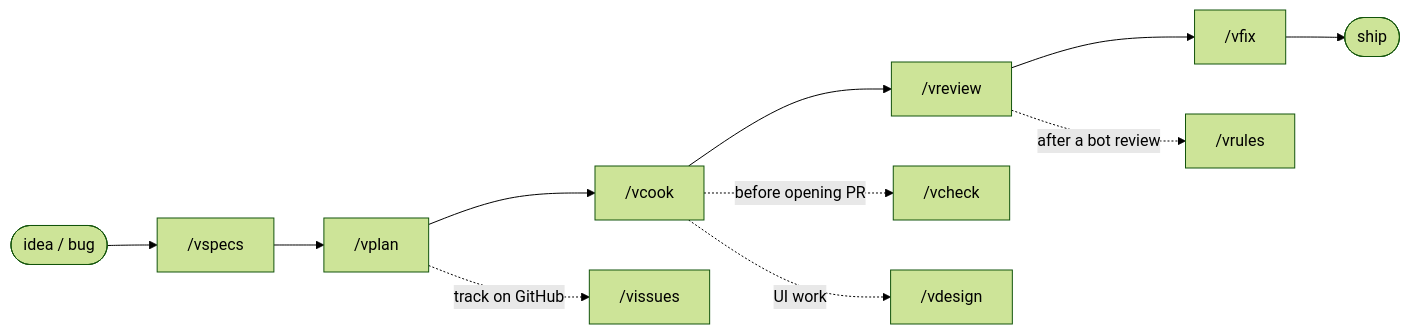
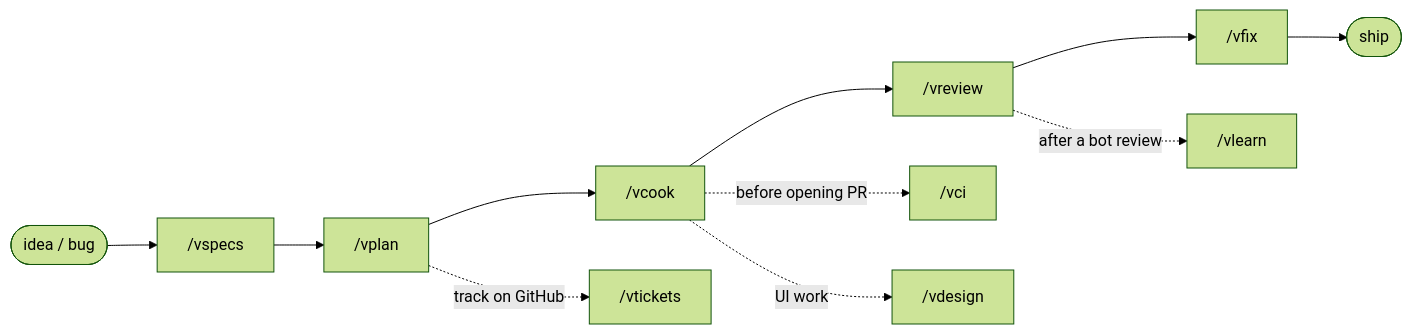
Before and after one commit to vyvu99/vskills: the diagram in README.md, drawn with Mermaid (forest theme). The commit also changed other lines of this file and 78 other files, not shown here.

````diff
--- a/README.md
+++ b/README.md
@@ -26,14 +26,14 @@
 ```mermaid
 flowchart LR
     idea(["idea / bug"]) --> specs["/vspecs"]
     specs --> plan["/vplan"]
     plan --> cook["/vcook"]
     cook --> review["/vreview"]
     review --> fix["/vfix"]
     fix --> ship(["ship"])
 
-    plan -. track on GitHub .-> issues["/vissues"]
-    cook -. before opening PR .-> check["/vcheck"]
+    plan -. track on GitHub .-> issues["/vtickets"]
+    cook -. before opening PR .-> check["/vci"]
     cook -. UI work .-> design["/vdesign"]
-    review -. after a bot review .-> rules["/vrules"]
+    review -. after a bot review .-> rules["/vlearn"]
 ```
````
